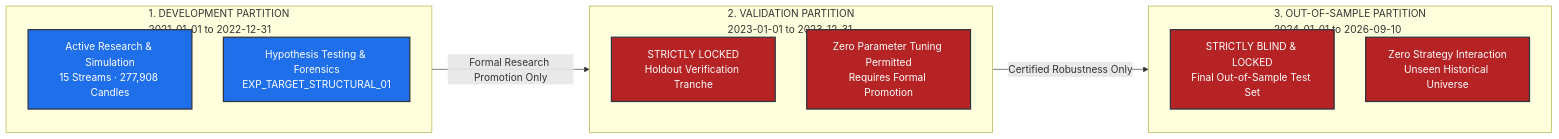
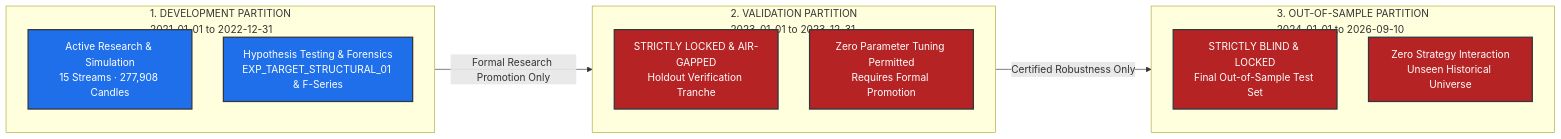
One commit to Quantitative-Systems/crypto-platform changed the fourth of 4 diagrams in README.md. Above: the diagram before and after it, drawn with Mermaid. The commit also changed other lines of this file and 127 other files, not shown here.

````diff
--- a/README.md
+++ b/README.md
@@ -173,25 +165,25 @@
 ```mermaid
 flowchart LR
     subgraph Dev ["1. DEVELOPMENT PARTITION<br/>2021-01-01 to 2022-12-31"]
         D1["Active Research & Simulation<br/>15 Streams · 277,908 Candles"]
-        D2["Hypothesis Testing & Forensics<br/>EXP_TARGET_STRUCTURAL_01"]
+        D2["Hypothesis Testing & Forensics<br/>EXP_TARGET_STRUCTURAL_01 & F-Series"]
     end
 
     subgraph Val ["2. VALIDATION PARTITION<br/>2023-01-01 to 2023-12-31"]
-        V1["STRICTLY LOCKED<br/>Holdout Verification Tranche"]
+        V1["STRICTLY LOCKED & AIR-GAPPED<br/>Holdout Verification Tranche"]
         V2["Zero Parameter Tuning Permitted<br/>Requires Formal Promotion"]
     end
 
     subgraph OOS ["3. OUT-OF-SAMPLE PARTITION<br/>2024-01-01 to 2026-09-10"]
         O1["STRICTLY BLIND & LOCKED<br/>Final Out-of-Sample Test Set"]
         O2["Zero Strategy Interaction<br/>Unseen Historical Universe"]
     end
 
     Dev -->|Formal Research Promotion Only| Val
     Val -->|Certified Robustness Only| OOS
 
     classDef dev fill:#1f6feb,stroke:#30363d,stroke-width:2px,color:#fff;
     classDef locked fill:#b62324,stroke:#30363d,stroke-width:2px,color:#fff;
     class D1,D2 dev;
     class V1,V2,O1,O2 locked;
 ```
````
